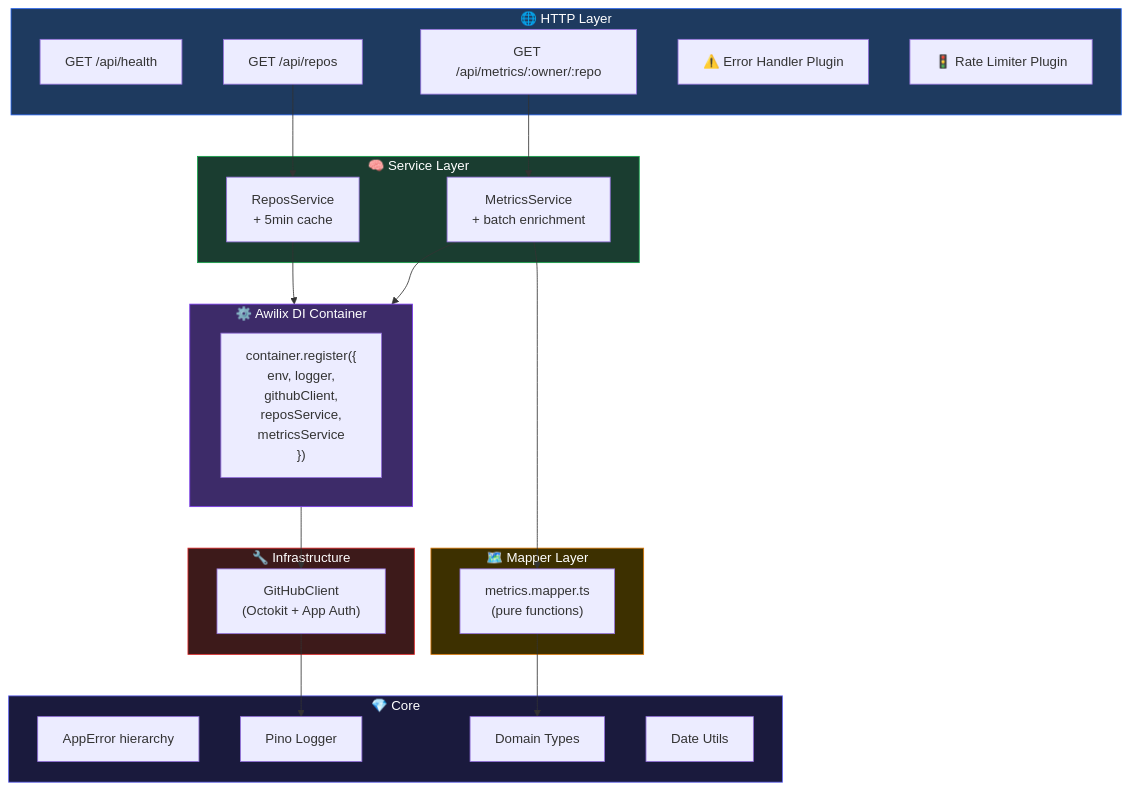
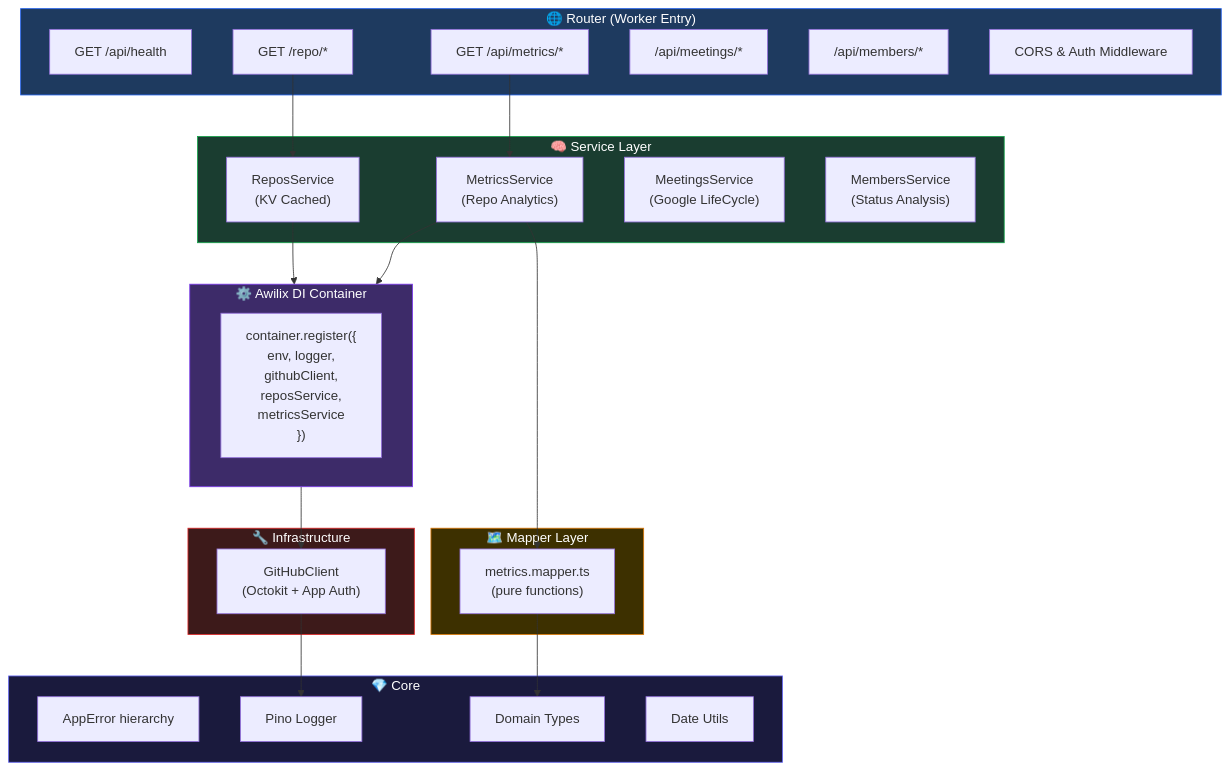
One commit to Sellio-Squad/sellio_metrics changed the second of 10 diagrams in ARCHITECTURE.md. Above: the diagram before and after it, drawn with Mermaid. The commit also changed other lines of this file and 11 other files, not shown here.

````diff
--- a/ARCHITECTURE.md
+++ b/ARCHITECTURE.md
@@ -30,50 +30,53 @@
 ```mermaid
 graph TD
-    subgraph HTTP["🌐 HTTP Layer"]
+    subgraph HTTP["🌐 Router (Worker Entry)"]
         R1["GET /api/health"]
-        R2["GET /api/repos"]
-        R3["GET /api/metrics/:owner/:repo"]
-        EH["⚠️ Error Handler Plugin"]
-        RL["🚦 Rate Limiter Plugin"]
+        R2["GET /repo/*"]
+        R3["GET /api/metrics/*"]
+        R4["/api/meetings/*"]
+        R5["/api/members/*"]
+        CORS[" CORS & Auth Middleware"]
     end
 
     subgraph DI["⚙️ Awilix DI Container"]
         C["container.register({<br/>  env, logger,<br/>  githubClient,<br/>  reposService,<br/>  metricsService<br/>})"]
     end
 
     subgraph Services["🧠 Service Layer"]
-        RS["ReposService<br/>+ 5min cache"]
-        MS["MetricsService<br/>+ batch enrichment"]
+        RS["ReposService<br/>(KV Cached)"]
+        MS["MetricsService<br/>(Repo Analytics)"]
+        ME["MeetingsService<br/>(Google LifeCycle)"]
+        MB["MembersService<br/>(Status Analysis)"]
     end
 
     subgraph Mapper["🗺️ Mapper Layer"]
         MM["metrics.mapper.ts<br/>(pure functions)"]
     end
 
     subgraph Infra["🔧 Infrastructure"]
         GC["GitHubClient<br/>(Octokit + App Auth)"]
     end
 
     subgraph Core["💎 Core"]
         ERR["AppError hierarchy"]
         LOG["Pino Logger"]
         TYPES["Domain Types"]
         DATE["Date Utils"]
     end
 
     R2 --> RS
     R3 --> MS
     RS --> DI
     MS --> DI
     DI --> GC
     MS --> MM
     MM --> TYPES
     GC --> LOG
 
     style HTTP fill:#1e3a5f,stroke:#2563eb,color:#fff
     style DI fill:#3d2b69,stroke:#7c3aed,color:#fff
     style Services fill:#1a3d30,stroke:#16a34a,color:#fff
     style Mapper fill:#3d3000,stroke:#d97706,color:#fff
     style Infra fill:#3d1a1a,stroke:#dc2626,color:#fff
     style Core fill:#1a1a3d,stroke:#6366f1,color:#fff
 ```
````
